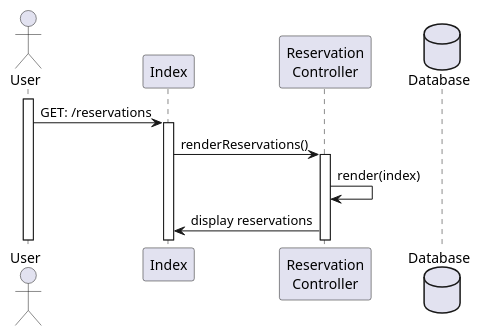
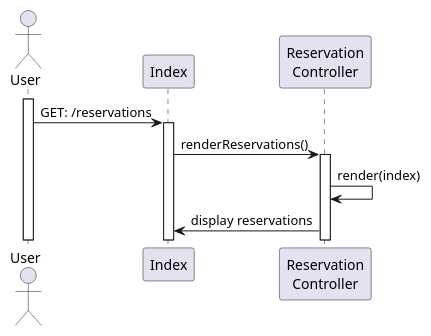
The diagram in app-diagrams/sequence/reservation/show-reservations.wsd (TommasoScalici/BnB), drawn with PlantUML before and after one commit. The commit also changed 3 other files, not shown here.

```diff
--- a/app-diagrams/sequence/reservation/show-reservations.wsd
+++ b/app-diagrams/sequence/reservation/show-reservations.wsd
@@ -1,18 +1,18 @@
 @startuml show-reservations
 
 actor User
 participant "Index" as Index
 participant "Reservation\nController" as ReservationController    
-database Database
+
 
 activate User
 
         
     User -> Index: GET: /reservations
     activate Index
       Index -> ReservationController: renderReservations()
     activate ReservationController
     ReservationController -> ReservationController: render(index)
     Index <- ReservationController: display reservations
 
 @enduml
```
